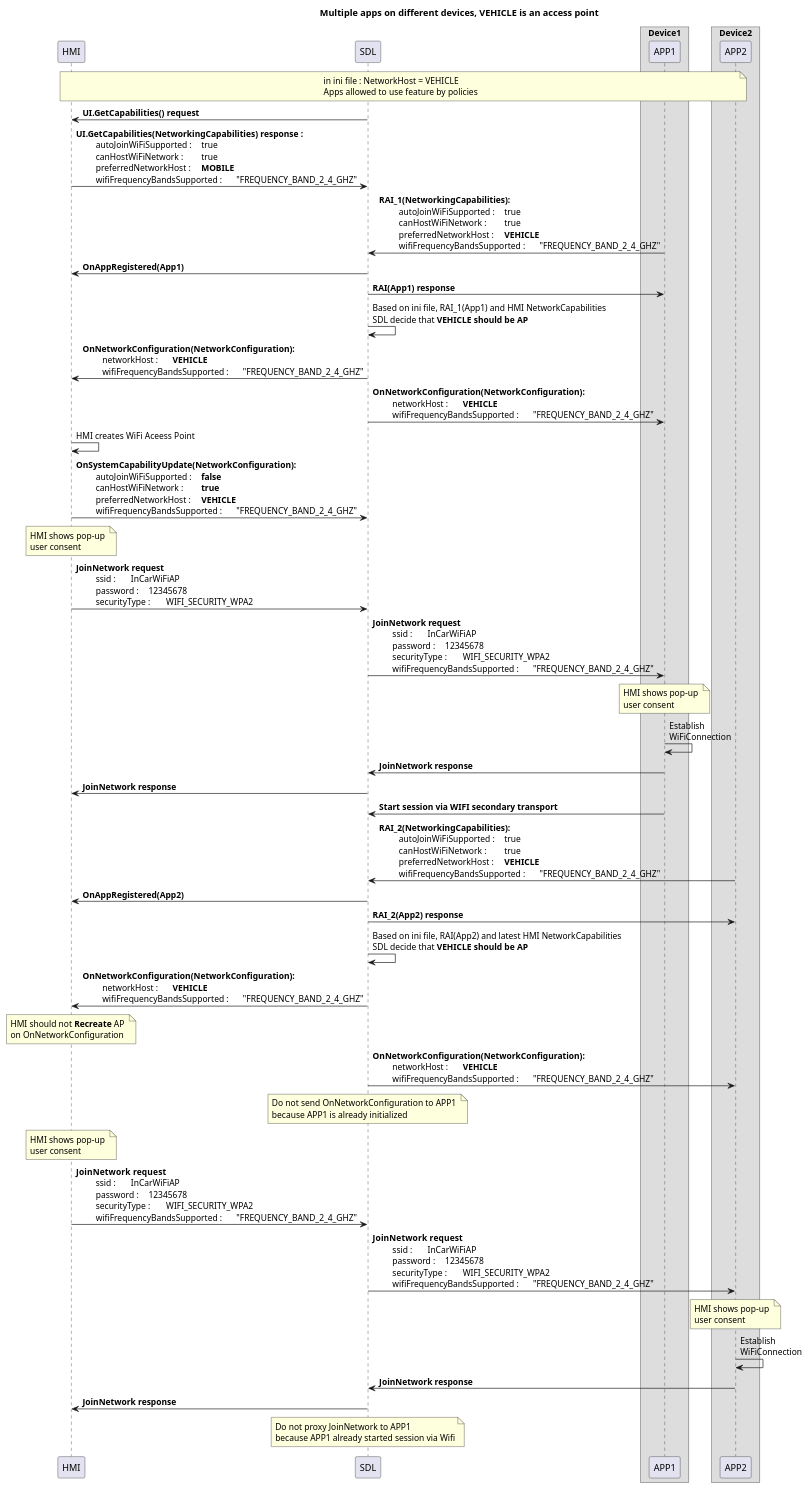
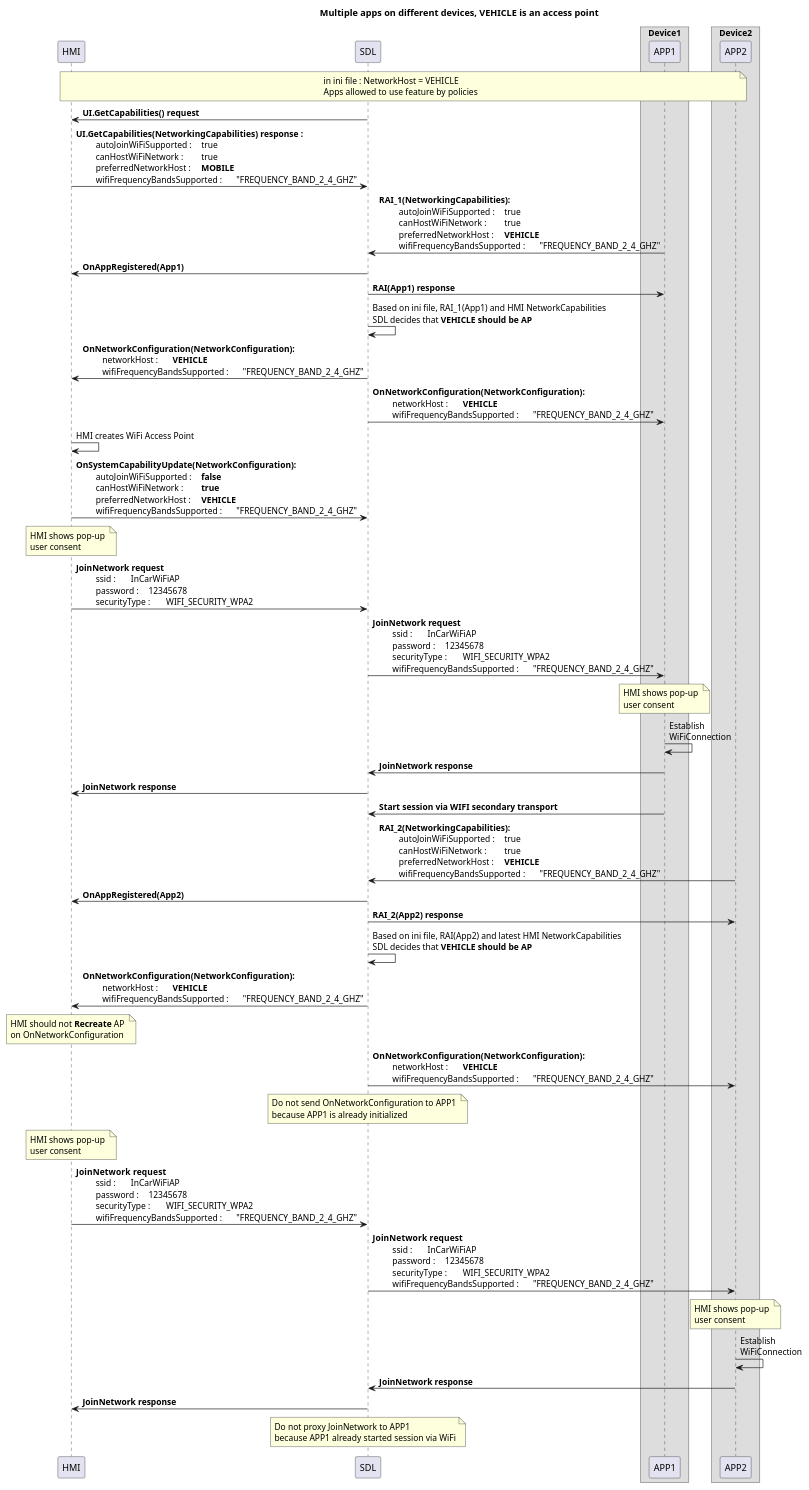
The diagram in assets/proposals/0245-sharing-wifi-ssid-and-password/vehicle_access_point_multidev.puml (smartdevicelink/sdl_evolution), drawn with PlantUML before and after one commit. The commit also changed 8 other files, not shown here.

```diff
--- a/assets/proposals/0245-sharing-wifi-ssid-and-password/vehicle_access_point_multidev.puml
+++ b/assets/proposals/0245-sharing-wifi-ssid-and-password/vehicle_access_point_multidev.puml
@@ -1,136 +1,136 @@
 @startuml
 !pragma teoz true
 
 title Multiple apps on different devices, VEHICLE is an access point
 participant HMI
 participant SDL
 box "Device1"
 participant APP1
 end box
 box "Device2"
 participant APP2
 end box
 
 note over HMI, APP2: in ini file : NetworkHost = VEHICLE \n\
 Apps allowed to use feature by policies
 
 SDL -> HMI : <b>UI.GetCapabilities() request
 HMI -> SDL : <b>UI.GetCapabilities(NetworkingCapabilities) response : \n\
 \t autoJoinWiFiSupported : \t true \n\
 \t canHostWiFiNetwork : \t true \n\
 \t preferredNetworkHost : \t **MOBILE** \n\
 \t wifiFrequencyBandsSupported : \t "FREQUENCY_BAND_2_4_GHZ" 
 
 APP1 -> SDL : <b>RAI_1(NetworkingCapabilities): \n\
 \t autoJoinWiFiSupported : \t true \n\
 \t canHostWiFiNetwork : \t true \n\
 \t preferredNetworkHost : \t **VEHICLE** \n\
 \t wifiFrequencyBandsSupported : \t "FREQUENCY_BAND_2_4_GHZ" 
 
 SDL -> HMI : <b>OnAppRegistered(App1) 
 SDL -> APP1 : <b>RAI(App1) response 
 
 
 SDL -> SDL : Based on ini file, RAI_1(App1) and HMI NetworkCapabilities\n\
-SDL decide that **VEHICLE should be AP** 
+SDL decides that **VEHICLE should be AP** 
 
 SDL -> HMI:  <b>OnNetworkConfiguration(NetworkConfiguration): \n\
 \t networkHost : \t **VEHICLE** \n\
 \t wifiFrequencyBandsSupported : \t "FREQUENCY_BAND_2_4_GHZ" 
 
 SDL -> APP1:  <b>OnNetworkConfiguration(NetworkConfiguration): \n\
 \t networkHost : \t **VEHICLE** \n\
 \t wifiFrequencyBandsSupported : \t "FREQUENCY_BAND_2_4_GHZ" 
 
 
-HMI -> HMI : HMI creates WiFi Aceess Point
+HMI -> HMI : HMI creates WiFi Access Point
 
 HMI -> SDL:  <b>OnSystemCapabilityUpdate(NetworkConfiguration): \n\
 \t autoJoinWiFiSupported : \t **false** \n\
 \t canHostWiFiNetwork : \t **true**  \n\
 \t preferredNetworkHost : \t **VEHICLE** \n\
 \t wifiFrequencyBandsSupported : \t "FREQUENCY_BAND_2_4_GHZ" 
 
 note over HMI: HMI shows pop-up \n\
 user consent 
 
 HMI -> SDL: <b>JoinNetwork request\n\
 \t ssid : \t InCarWiFiAP \n\
 \t password : \t 12345678 \n\
 \t securityType : \t WIFI_SECURITY_WPA2 
 
 SDL -> APP1: <b>JoinNetwork request\n\
 \t ssid : \t InCarWiFiAP \n\
 \t password : \t 12345678 \n\
 \t securityType : \t WIFI_SECURITY_WPA2 \n\
 \t wifiFrequencyBandsSupported : \t "FREQUENCY_BAND_2_4_GHZ" 
 
 note over APP1: HMI shows pop-up \n\
 user consent 
 
 APP1 -> APP1 : Establish  \n\
 WiFiConnection
 
 APP1 -> SDL : <b>JoinNetwork response
 SDL -> HMI : <b>JoinNetwork response
 
 APP1 -> SDL : <b>Start session via WIFI secondary transport
 
 APP2 -> SDL : <b>RAI_2(NetworkingCapabilities): \n\
 \t autoJoinWiFiSupported : \t true \n\
 \t canHostWiFiNetwork : \t true \n\
 \t preferredNetworkHost : \t **VEHICLE** \n\
 \t wifiFrequencyBandsSupported : \t "FREQUENCY_BAND_2_4_GHZ" 
 
 SDL -> HMI : <b>OnAppRegistered(App2) 
 SDL -> APP2 : <b>RAI_2(App2) response 
 
 SDL -> SDL : Based on ini file, RAI(App2) and latest HMI NetworkCapabilities\n\
-SDL decide that **VEHICLE should be AP** 
+SDL decides that **VEHICLE should be AP** 
 
 SDL -> HMI:  <b>OnNetworkConfiguration(NetworkConfiguration): \n\
 \t networkHost : \t **VEHICLE** \n\
 \t wifiFrequencyBandsSupported : \t "FREQUENCY_BAND_2_4_GHZ" 
 
 note over HMI: HMI should not **Recreate** AP \n\
 on OnNetworkConfiguration
 
 SDL -> APP2:  <b>OnNetworkConfiguration(NetworkConfiguration): \n\
 \t networkHost : \t **VEHICLE** \n\
 \t wifiFrequencyBandsSupported : \t "FREQUENCY_BAND_2_4_GHZ" 
 
 note over SDL: Do not send OnNetworkConfiguration to APP1 \n\
 because APP1 is already initialized
 
 note over HMI: HMI shows pop-up \n\
 user consent 
 
 HMI -> SDL: <b>JoinNetwork  request\n\
 \t ssid : \t InCarWiFiAP \n\
 \t password : \t 12345678 \n\
 \t securityType : \t WIFI_SECURITY_WPA2 \n\
 \t wifiFrequencyBandsSupported : \t "FREQUENCY_BAND_2_4_GHZ" 
 
 
 SDL -> APP2: <b>JoinNetwork  request\n\
 \t ssid : \t InCarWiFiAP \n\
 \t password : \t 12345678 \n\
 \t securityType : \t WIFI_SECURITY_WPA2 \n\
 \t wifiFrequencyBandsSupported : \t "FREQUENCY_BAND_2_4_GHZ" 
 
 note over APP2: HMI shows pop-up \n\
 user consent 
 
 APP2 -> APP2 : Establish  \n\
 WiFiConnection
 
 
 APP2 -> SDL : <b>JoinNetwork response
 SDL -> HMI : <b>JoinNetwork response
 
 
 note over SDL: Do not proxy JoinNetwork to APP1 \n\
-because APP1 already started session via Wifi
+because APP1 already started session via WiFi
 
 
 @enduml
```
